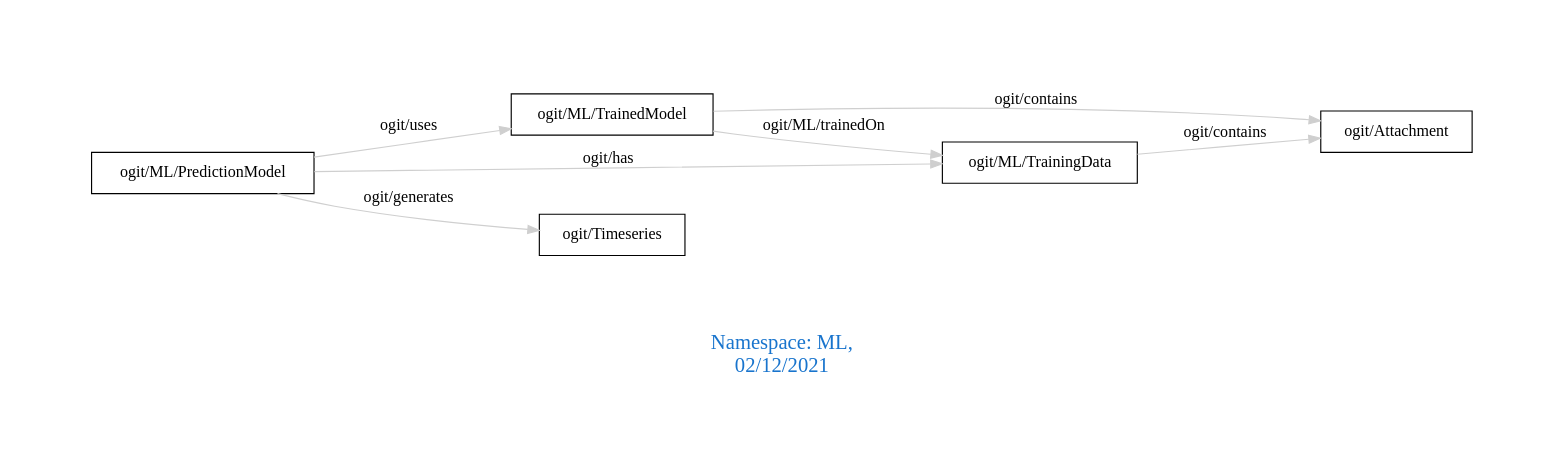
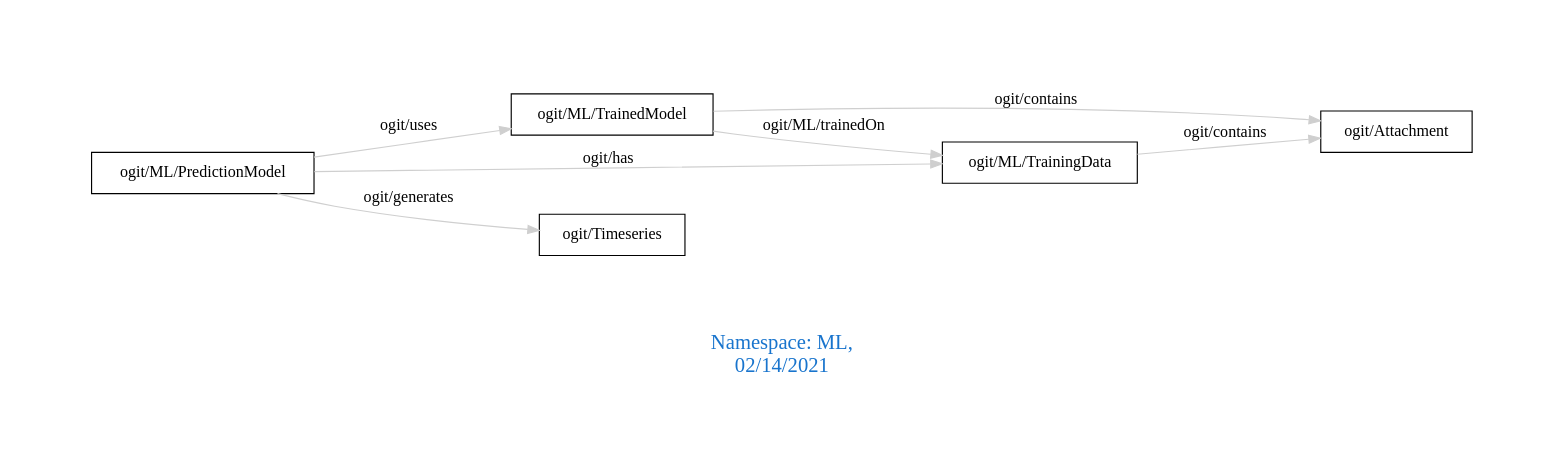
Before and after one commit to arago/OGIT: the diagram in downloads/ML.dot, drawn with Graphviz. The commit also changed 1844 other files, not shown here.

```diff
--- a/downloads/ML.dot
+++ b/downloads/ML.dot
@@ -1,14 +1,14 @@
 digraph OGIT_ontology {
  graph [ rankdir= LR,pad=1 
 fontsize = 18,
-fontcolor= dodgerblue3,label = "\n\n\nNamespace: ML, \n 02/12/2021"];
+fontcolor= dodgerblue3,label = "\n\n\nNamespace: ML, \n 02/14/2021"];
 node[shape=polygon];
 edge [  color="gray81"];
 
    "ogit/ML/TrainedModel" -> "ogit/Attachment" [label="   ogit/contains    "];
    "ogit/ML/TrainingData" -> "ogit/Attachment" [label="   ogit/contains    "];
    "ogit/ML/PredictionModel" -> "ogit/Timeseries" [label="   ogit/generates    "];
    "ogit/ML/TrainedModel" -> "ogit/ML/TrainingData" [label="   ogit/ML/trainedOn    "];
    "ogit/ML/PredictionModel" -> "ogit/ML/TrainedModel" [label="   ogit/uses    "];
    "ogit/ML/PredictionModel" -> "ogit/ML/TrainingData" [label="   ogit/has    "];
 }
```
